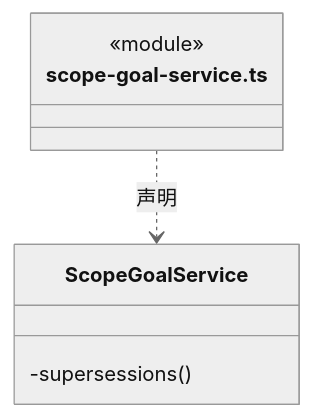
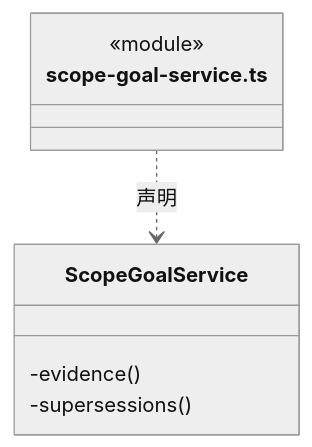
Before and after one commit to nan023062/cbim: diagram 12 of 22 in src/backend/scheduler-engine/goals/ARCHITECTURE.md, drawn with Mermaid (neutral theme). The commit also changed other lines of this file and 130 other files, not shown here.

````diff
--- a/src/backend/scheduler-engine/goals/ARCHITECTURE.md
+++ b/src/backend/scheduler-engine/goals/ARCHITECTURE.md
@@ -285,10 +285,11 @@
 ```mermaid
 classDiagram
 class N_src_backend_scheduler_engine_goals_scope_goal_service_ts["scope-goal-service.ts"] {
   <<module>>
 }
 class N_src_backend_scheduler_engine_goals_scope_goal_service_ts_ScopeGoalService["ScopeGoalService"] {
+  -evidence()
   -supersessions()
 }
 N_src_backend_scheduler_engine_goals_scope_goal_service_ts ..> N_src_backend_scheduler_engine_goals_scope_goal_service_ts_ScopeGoalService : 声明
 ```
````
